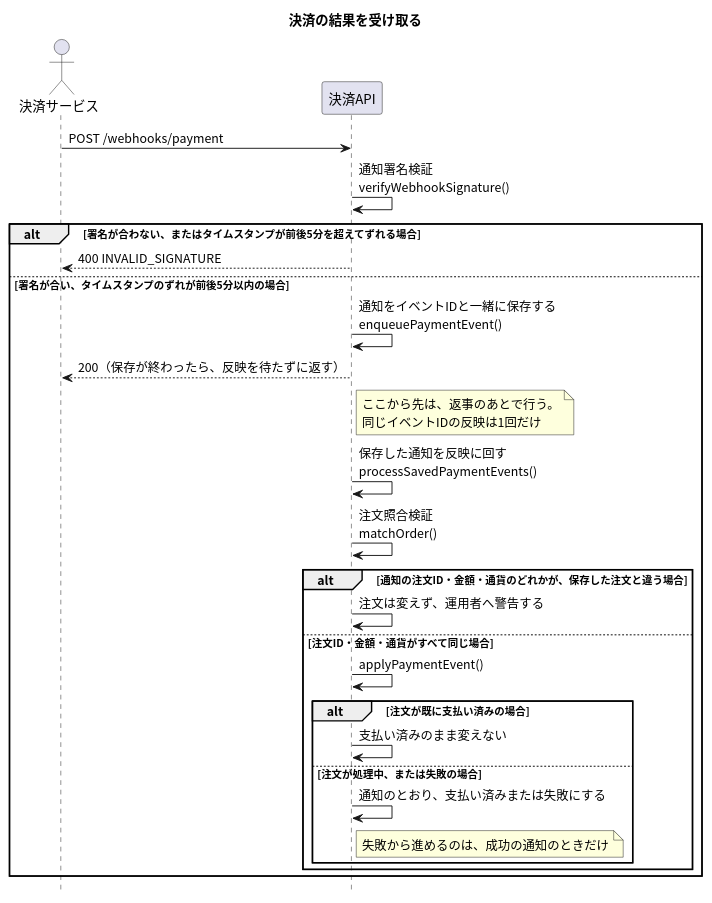
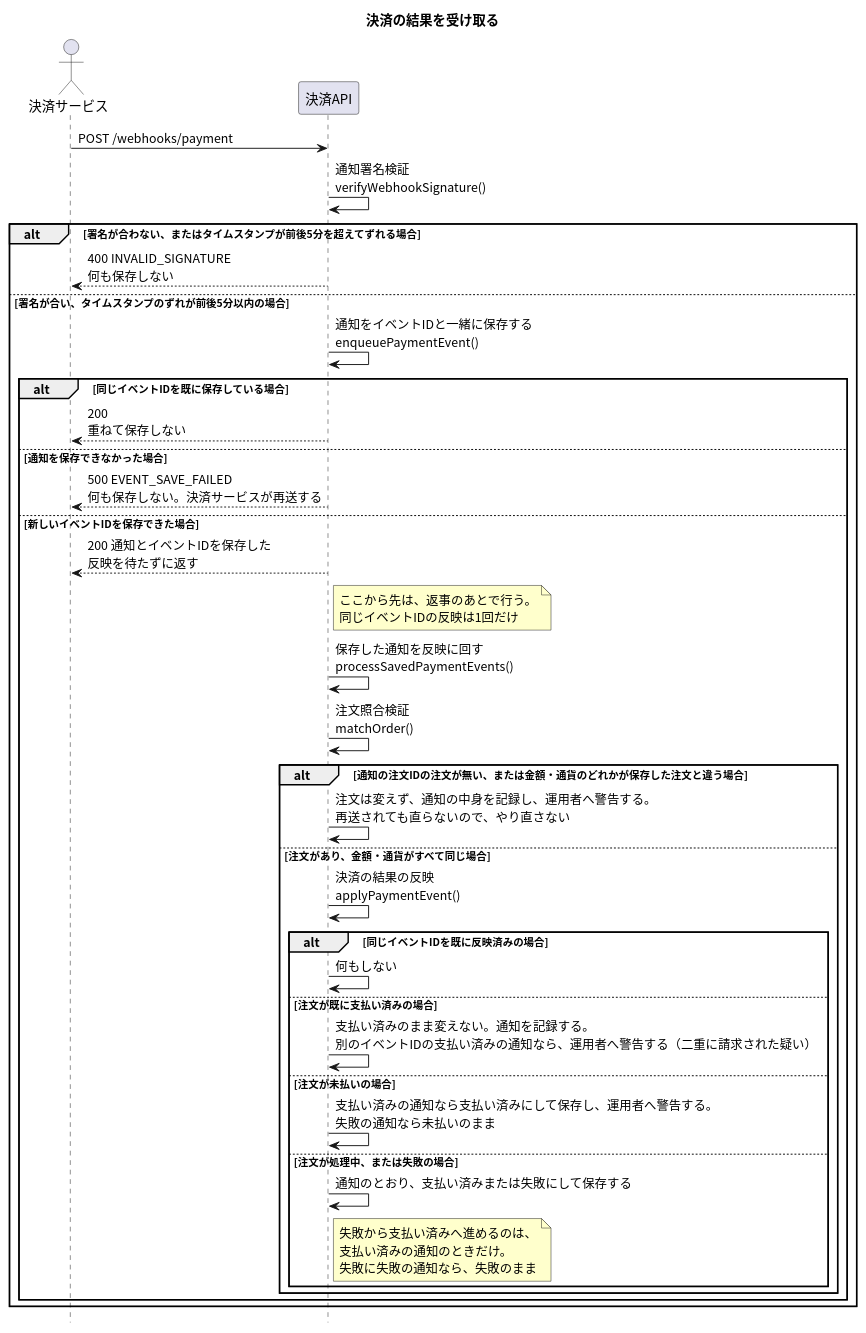
The diagram in apis/payment-webhook/入口.puml (masamasamasato/design-doc-template), drawn with PlantUML before and after one commit. The commit also changed 101 other files, not shown here.

```diff
--- a/apis/payment-webhook/入口.puml
+++ b/apis/payment-webhook/入口.puml
@@ -1,34 +1,45 @@
 @startuml
 skinparam shadowing false
 skinparam defaultFontName "Noto Sans CJK JP"
 skinparam SequenceFontName "Noto Sans CJK JP"
+skinparam NoteBackgroundColor #FFFFCC
 hide footbox
 
 title 決済の結果を受け取る
 
 actor "決済サービス" as PSP
 participant "決済API" as API
 
 PSP -> API : POST /webhooks/payment
 API -> API : 通知署名検証\nverifyWebhookSignature()
 alt 署名が合わない、またはタイムスタンプが前後5分を超えてずれる場合
-  API --> PSP : 400 INVALID_SIGNATURE
+  API --> PSP : 400 INVALID_SIGNATURE\n何も保存しない
 else 署名が合い、タイムスタンプのずれが前後5分以内の場合
   API -> API : 通知をイベントIDと一緒に保存する\nenqueuePaymentEvent()
-  API --> PSP : 200（保存が終わったら、反映を待たずに返す）
-  note right of API : ここから先は、返事のあとで行う。\n同じイベントIDの反映は1回だけ
-  API -> API : 保存した通知を反映に回す\nprocessSavedPaymentEvents()
-  API -> API : 注文照合検証\nmatchOrder()
-  alt 通知の注文ID・金額・通貨のどれかが、保存した注文と違う場合
-    API -> API : 注文は変えず、運用者へ警告する
-  else 注文ID・金額・通貨がすべて同じ場合
-    API -> API : applyPaymentEvent()
-    alt 注文が既に支払い済みの場合
-      API -> API : 支払い済みのまま変えない
-    else 注文が処理中、または失敗の場合
-      API -> API : 通知のとおり、支払い済みまたは失敗にする
-      note right of API : 失敗から進めるのは、成功の通知のときだけ
+  alt 同じイベントIDを既に保存している場合
+    API --> PSP : 200\n重ねて保存しない
+  else 通知を保存できなかった場合
+    API --> PSP : 500 EVENT_SAVE_FAILED\n何も保存しない。決済サービスが再送する
+  else 新しいイベントIDを保存できた場合
+    API --> PSP : 200 通知とイベントIDを保存した\n反映を待たずに返す
+    note right of API : ここから先は、返事のあとで行う。\n同じイベントIDの反映は1回だけ
+    API -> API : 保存した通知を反映に回す\nprocessSavedPaymentEvents()
+    API -> API : 注文照合検証\nmatchOrder()
+    alt 通知の注文IDの注文が無い、または金額・通貨のどれかが保存した注文と違う場合
+      API -> API : 注文は変えず、通知の中身を記録し、運用者へ警告する。\n再送されても直らないので、やり直さない
+    else 注文があり、金額・通貨がすべて同じ場合
+      API -> API : 決済の結果の反映\napplyPaymentEvent()
+      alt 同じイベントIDを既に反映済みの場合
+        API -> API : 何もしない
+      else 注文が既に支払い済みの場合
+        API -> API : 支払い済みのまま変えない。通知を記録する。\n別のイベントIDの支払い済みの通知なら、運用者へ警告する（二重に請求された疑い）
+      else 注文が未払いの場合
+        API -> API : 支払い済みの通知なら支払い済みにして保存し、運用者へ警告する。\n失敗の通知なら未払いのまま
+      else 注文が処理中、または失敗の場合
+        API -> API : 通知のとおり、支払い済みまたは失敗にして保存する
+        note right of API : 失敗から支払い済みへ進めるのは、\n支払い済みの通知のときだけ。\n失敗に失敗の通知なら、失敗のまま
+      end
     end
   end
 end
 @enduml
```
